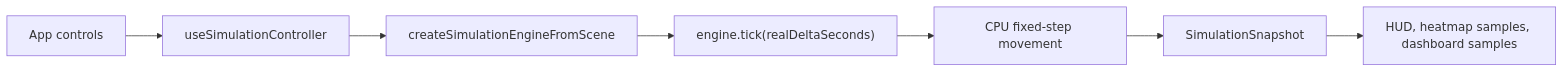
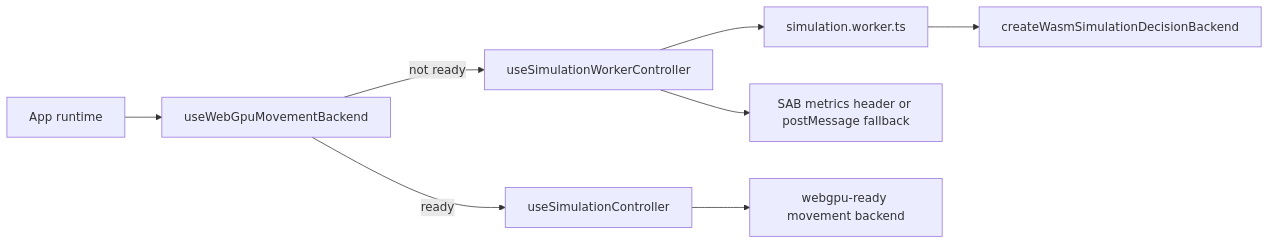
The diagram in docs/runtime-kernel-baseline.md (lige-garin/crowdsim), drawn with Mermaid before and after one commit. The commit also changed other lines of this file and 6 other files, not shown here.

Commit message:
Bind replay panel to live runtime recording

````diff
--- a/docs/runtime-kernel-baseline.md
+++ b/docs/runtime-kernel-baseline.md
@@ -27,9 +30,10 @@
 ```mermaid
 flowchart LR
-  UI["App controls"] --> Controller["useSimulationController"]
-  Controller --> Engine["createSimulationEngineFromScene"]
-  Engine --> Tick["engine.tick(realDeltaSeconds)"]
-  Tick --> CPU["CPU fixed-step movement"]
-  CPU --> Snapshot["SimulationSnapshot"]
-  Snapshot --> Panels["HUD, heatmap samples, dashboard samples"]
+  App["App runtime"] --> WgpuHook["useWebGpuMovementBackend"]
+  WgpuHook -->|ready| MainController["useSimulationController"]
+  WgpuHook -->|not ready| WorkerController["useSimulationWorkerController"]
+  WorkerController --> LiveWorker["simulation.worker.ts"]
+  LiveWorker --> WasmDecision["createWasmSimulationDecisionBackend"]
+  WorkerController --> SabMetrics["SAB metrics header or postMessage fallback"]
+  MainController --> WebGpuMovement["webgpu-ready movement backend"]
 ```
````
